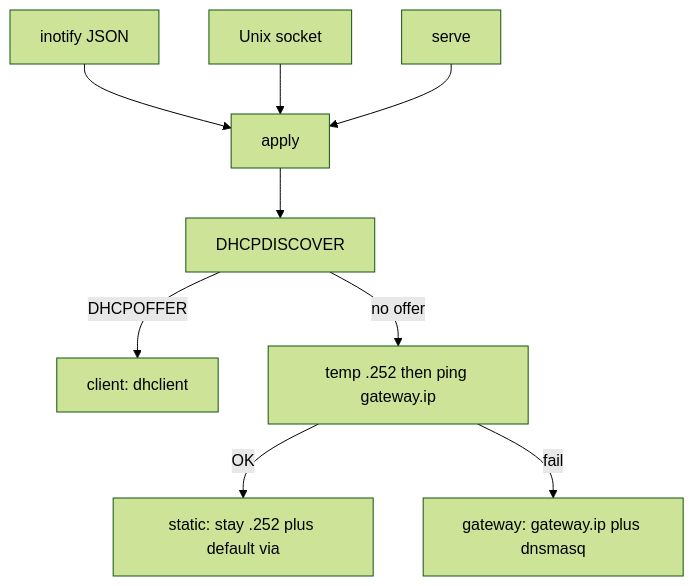
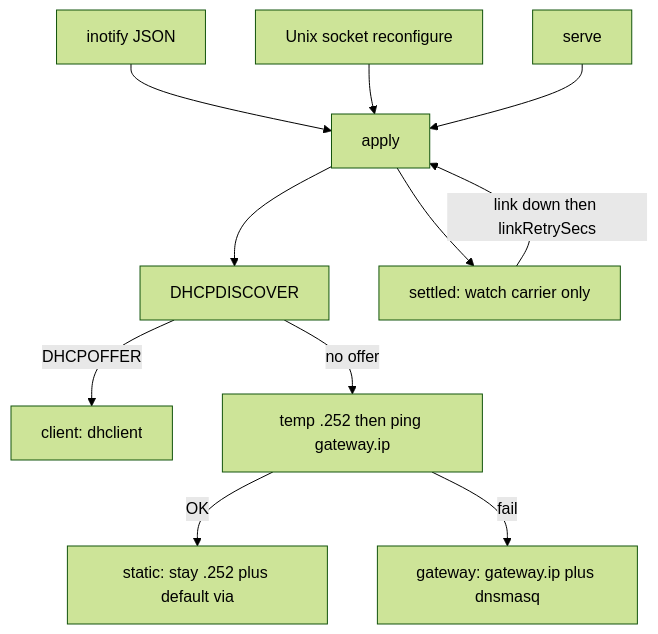
The diagram in ARCHITECTURE.md (dcc-bigfred/micronet), drawn with Mermaid (forest theme) before and after one commit. The commit also changed other lines of this file and 11 other files, not shown here.

First line of the commit message:
fix(daemon): choose iface once, then only watch the link

````diff
--- a/ARCHITECTURE.md
+++ b/ARCHITECTURE.md
@@ -79,11 +92,13 @@
 ```mermaid
 flowchart TD
   watch[inotify JSON] --> apply[apply]
-  ipc[Unix socket] --> apply
+  ipc[Unix socket reconfigure] --> apply
   start[serve] --> apply
   apply --> probe[DHCPDISCOVER]
   probe -->|DHCPOFFER| client[client: dhclient]
   probe -->|no offer| ping[temp .252 then ping gateway.ip]
   ping -->|OK| static[static: stay .252 plus default via]
   ping -->|fail| gw[gateway: gateway.ip plus dnsmasq]
+  apply --> settled[settled: watch carrier only]
+  settled -->|link down then linkRetrySecs| apply
 ```
````
